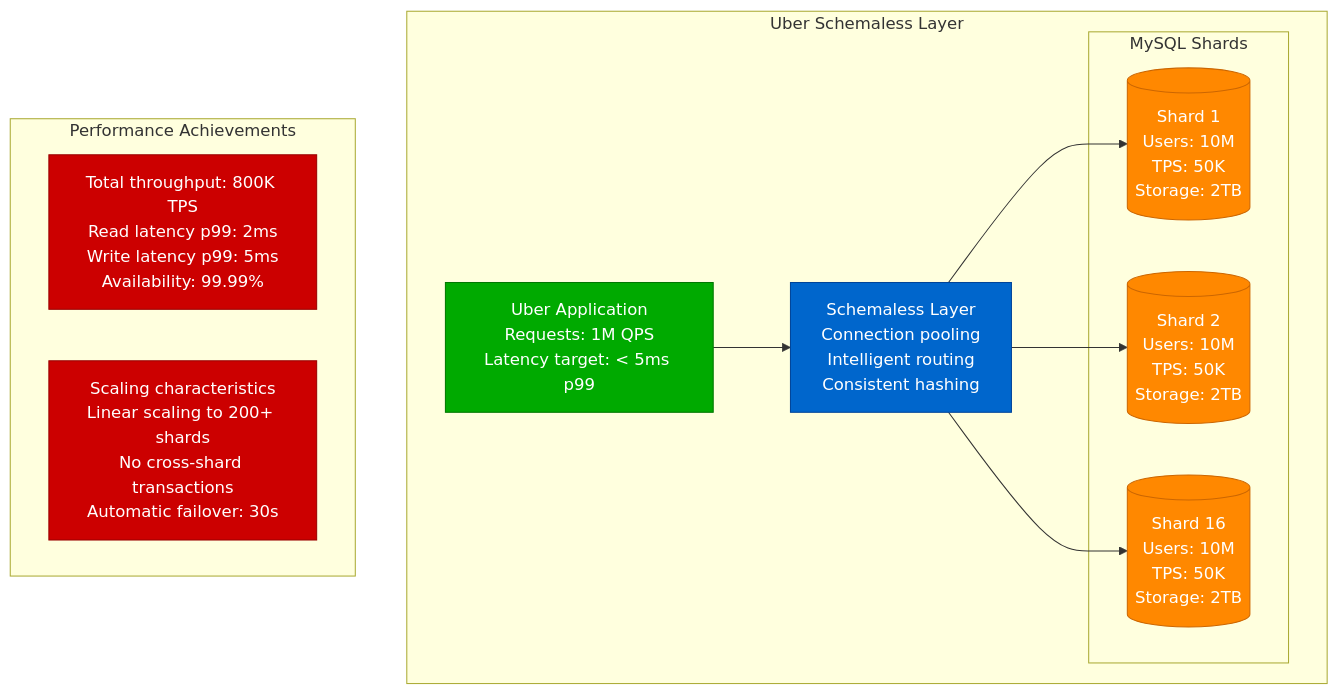
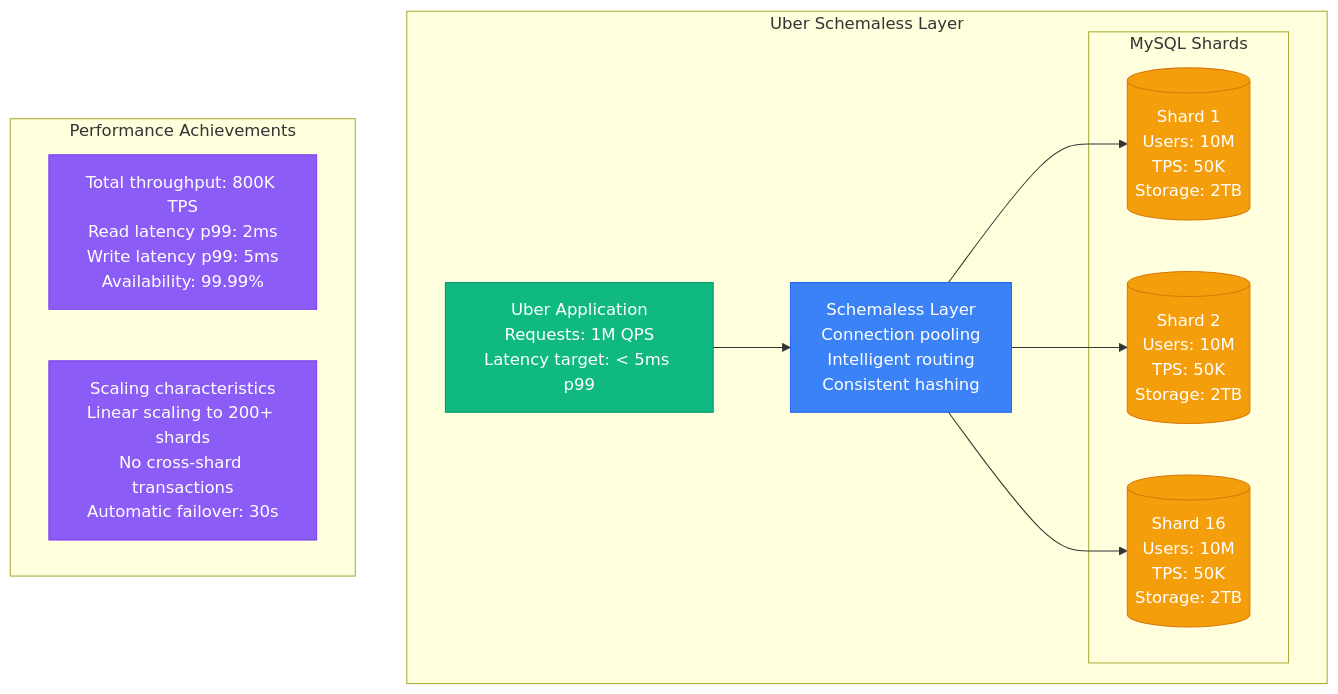
Before and after one commit to deepaucksharma/DS: the ninth of 11 diagrams in site/docs/performance/mysql-performance-profile.md, drawn with Mermaid. The commit also changed other lines of this file and 303 other files, not shown here.

````diff
--- a/site/docs/performance/mysql-performance-profile.md
+++ b/site/docs/performance/mysql-performance-profile.md
@@ -358,37 +358,37 @@
 ```mermaid
 graph TB
     subgraph "Uber Schemaless Layer"
         APP[Uber Application<br/>Requests: 1M QPS<br/>Latency target: < 5ms p99]
 
         SCHEMA[Schemaless Layer<br/>Connection pooling<br/>Intelligent routing<br/>Consistent hashing]
 
         subgraph "MySQL Shards"
             S1[(Shard 1<br/>Users: 10M<br/>TPS: 50K<br/>Storage: 2TB)]
 
             S2[(Shard 2<br/>Users: 10M<br/>TPS: 50K<br/>Storage: 2TB)]
 
             S16[(Shard 16<br/>Users: 10M<br/>TPS: 50K<br/>Storage: 2TB)]
         end
 
         APP --> SCHEMA
         SCHEMA --> S1
         SCHEMA --> S2
         SCHEMA --> S16
     end
 
     subgraph "Performance Achievements"
         P1[Total throughput: 800K TPS<br/>Read latency p99: 2ms<br/>Write latency p99: 5ms<br/>Availability: 99.99%]
 
         P2[Scaling characteristics<br/>Linear scaling to 200+ shards<br/>No cross-shard transactions<br/>Automatic failover: 30s]
     end
 
-    classDef appStyle fill:#00AA00,stroke:#007700,color:#fff
-    classDef schemaStyle fill:#0066CC,stroke:#004499,color:#fff
-    classDef shardStyle fill:#FF8800,stroke:#CC6600,color:#fff
-    classDef perfStyle fill:#CC0000,stroke:#990000,color:#fff
+    classDef appStyle fill:#10B981,stroke:#059669,color:#fff
+    classDef schemaStyle fill:#3B82F6,stroke:#2563EB,color:#fff
+    classDef shardStyle fill:#F59E0B,stroke:#D97706,color:#fff
+    classDef perfStyle fill:#8B5CF6,stroke:#7C3AED,color:#fff
 
     class APP appStyle
     class SCHEMA schemaStyle
     class S1,S2,S16 shardStyle
     class P1,P2 perfStyle
 ```
````
